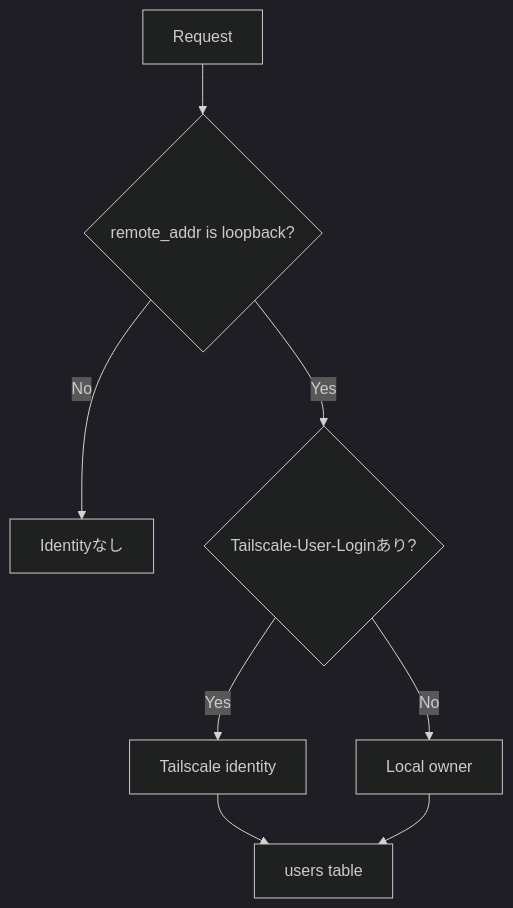
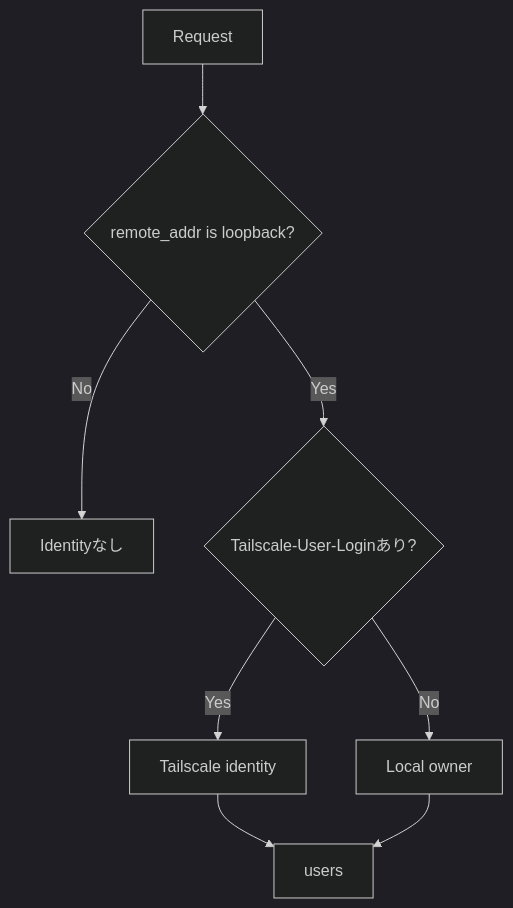
One commit to k-systems202208/python-sqlite-tailscale-webapp-template changed the fifth of 8 diagrams in docs/ARCHITECTURE.md. Above: the diagram before and after it, drawn with Mermaid (dark theme). The commit also changed other lines of this file and 42 other files, not shown here.

````diff
--- a/docs/ARCHITECTURE.md
+++ b/docs/ARCHITECTURE.md
@@ -71,10 +83,10 @@
 ```mermaid
 flowchart TD
     R["Request"] --> L{"remote_addr is loopback?"}
     L -->|"No"| N["Identityなし"]
     L -->|"Yes"| H{"Tailscale-User-Loginあり?"}
     H -->|"Yes"| T["Tailscale identity"]
     H -->|"No"| O["Local owner"]
-    T --> U["users table"]
+    T --> U["users"]
     O --> U
 ```
````
